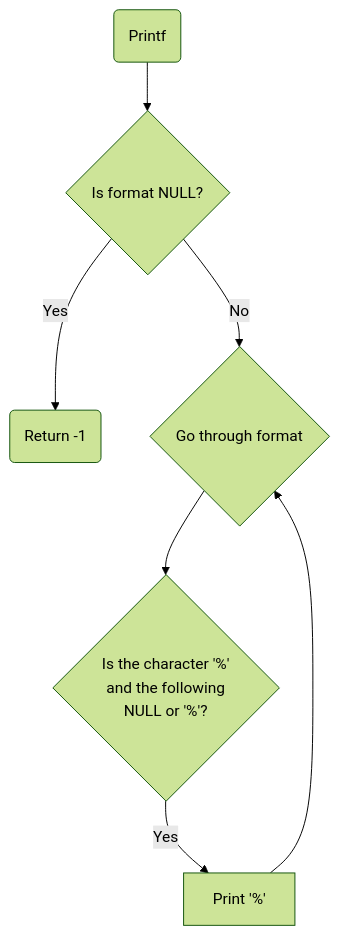
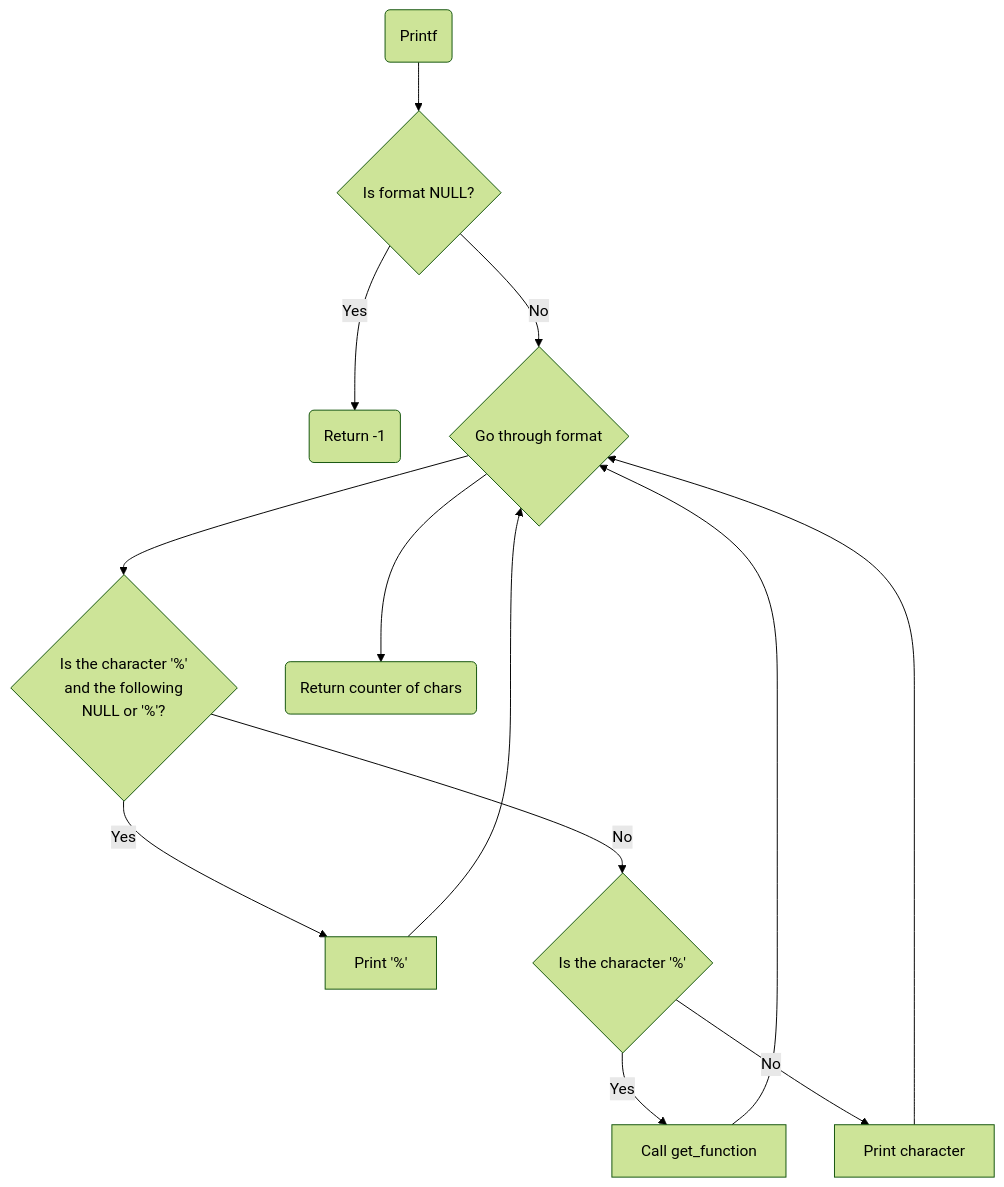
The diagram in FLOWCHART.md (gallit0/holbertonschool-printf), drawn with Mermaid (forest theme) before and after one commit.

````diff
--- a/FLOWCHART.md
+++ b/FLOWCHART.md
@@ -1,8 +1,12 @@
 ```mermaid
 graph TD;
 	Start(Printf)-->If0{Is format NULL?}
 	If0-->|Yes|Return0(Return -1)
 	If0-->|No|While0{Go through format}
 	While0-->If1{Is the character '%'<br> and the following<br>NULL or '%'?}
 	If1-->|Yes|Put0[Print '%']-->While0
+	If1-->|No|If2{Is the character '%'}
+	If2-->|Yes|Call0[Call get_function]-->While0
+	If2-->|No|Put1[Print character]-->While0
+	While0-->Return1(Return counter of chars)
 ```
````
